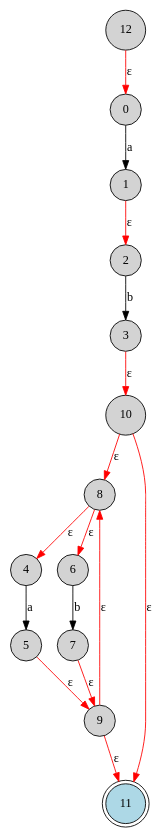
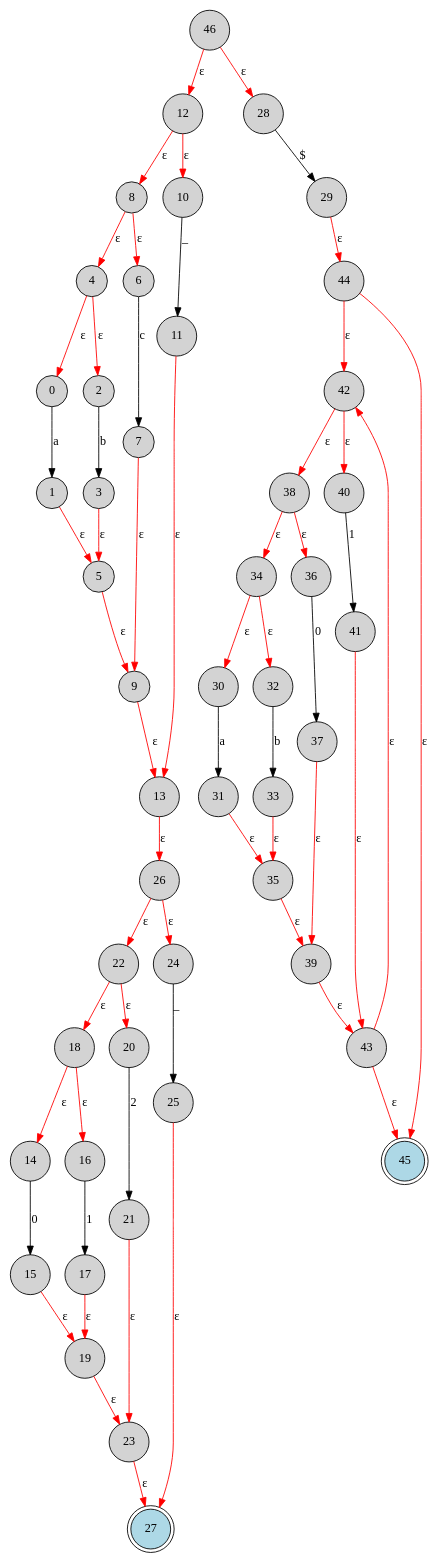
Before and after one commit to mdanishharoon/luma: the diagram in src/main/java/com/luma/lexer/nfa_merged.dot, drawn with Graphviz. The commit also changed 5 other files, not shown here.

Commit message:
Regenerated graphs for new rules

```diff
--- a/src/main/java/com/luma/lexer/nfa_merged.dot
+++ b/src/main/java/com/luma/lexer/nfa_merged.dot
@@ -1,19 +1,62 @@
 digraph NFA {
     node [shape=circle, style=filled, fillcolor=lightgrey];
-    12 -> 0 [label="ε", color=red];
+    46 -> 12 [label="ε", color=red];
+    12 -> 8 [label="ε", color=red];
+    8 -> 4 [label="ε", color=red];
+    4 -> 0 [label="ε", color=red];
     0 -> 1 [label="a", color=black];
-    1 -> 2 [label="ε", color=red];
+    1 -> 5 [label="ε", color=red];
+    5 -> 9 [label="ε", color=red];
+    9 -> 13 [label="ε", color=red];
+    13 -> 26 [label="ε", color=red];
+    26 -> 22 [label="ε", color=red];
+    22 -> 18 [label="ε", color=red];
+    18 -> 14 [label="ε", color=red];
+    14 -> 15 [label="0", color=black];
+    15 -> 19 [label="ε", color=red];
+    19 -> 23 [label="ε", color=red];
+    23 -> 27 [label="ε", color=red];
+    18 -> 16 [label="ε", color=red];
+    16 -> 17 [label="1", color=black];
+    17 -> 19 [label="ε", color=red];
+    22 -> 20 [label="ε", color=red];
+    20 -> 21 [label="2", color=black];
+    21 -> 23 [label="ε", color=red];
+    26 -> 24 [label="ε", color=red];
+    24 -> 25 [label="_", color=black];
+    25 -> 27 [label="ε", color=red];
+    4 -> 2 [label="ε", color=red];
     2 -> 3 [label="b", color=black];
-    3 -> 10 [label="ε", color=red];
-    10 -> 8 [label="ε", color=red];
-    8 -> 4 [label="ε", color=red];
-    4 -> 5 [label="a", color=black];
-    5 -> 9 [label="ε", color=red];
-    9 -> 8 [label="ε", color=red];
-    9 -> 11 [label="ε", color=red];
+    3 -> 5 [label="ε", color=red];
     8 -> 6 [label="ε", color=red];
-    6 -> 7 [label="b", color=black];
+    6 -> 7 [label="c", color=black];
     7 -> 9 [label="ε", color=red];
-    10 -> 11 [label="ε", color=red];
-    11 [shape=doublecircle, fillcolor=lightblue];
+    12 -> 10 [label="ε", color=red];
+    10 -> 11 [label="_", color=black];
+    11 -> 13 [label="ε", color=red];
+    46 -> 28 [label="ε", color=red];
+    28 -> 29 [label="$", color=black];
+    29 -> 44 [label="ε", color=red];
+    44 -> 42 [label="ε", color=red];
+    42 -> 38 [label="ε", color=red];
+    38 -> 34 [label="ε", color=red];
+    34 -> 30 [label="ε", color=red];
+    30 -> 31 [label="a", color=black];
+    31 -> 35 [label="ε", color=red];
+    35 -> 39 [label="ε", color=red];
+    39 -> 43 [label="ε", color=red];
+    43 -> 42 [label="ε", color=red];
+    43 -> 45 [label="ε", color=red];
+    34 -> 32 [label="ε", color=red];
+    32 -> 33 [label="b", color=black];
+    33 -> 35 [label="ε", color=red];
+    38 -> 36 [label="ε", color=red];
+    36 -> 37 [label="0", color=black];
+    37 -> 39 [label="ε", color=red];
+    42 -> 40 [label="ε", color=red];
+    40 -> 41 [label="1", color=black];
+    41 -> 43 [label="ε", color=red];
+    44 -> 45 [label="ε", color=red];
+    27 [shape=doublecircle, fillcolor=lightblue];
+    45 [shape=doublecircle, fillcolor=lightblue];
 }
```
